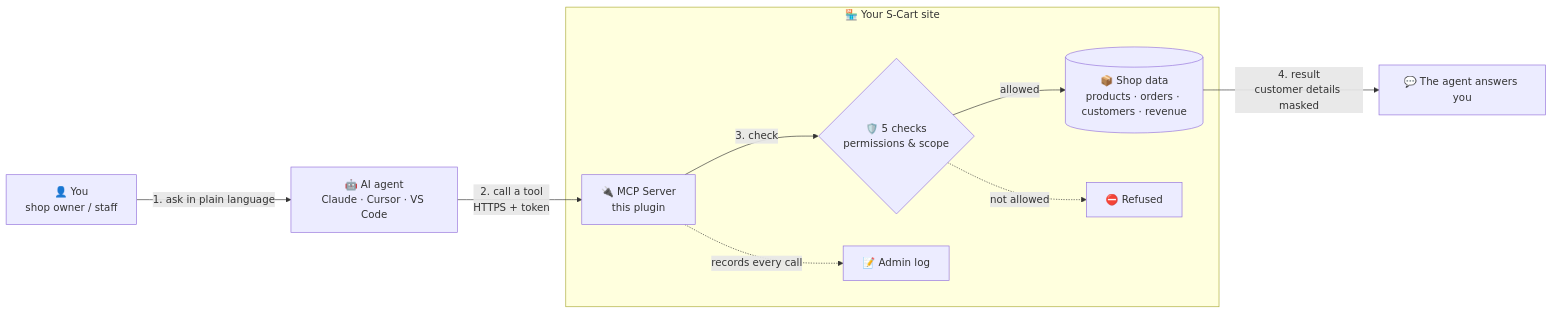
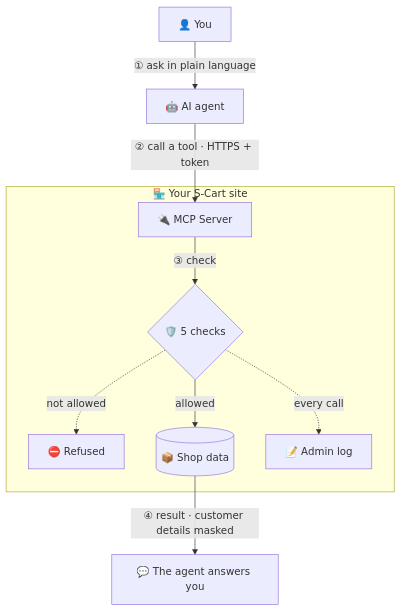
The first of 4 diagrams in readme.md (gp247-plugin/McpServer), drawn with Mermaid before and after one commit. The commit also changed 1 other file, not shown here.

Commit message:
Docs: redraw the README overview chart top-down and balanced
The "big picture" Mermaid chart now flows top-down in one centred column
(you, AI agent, MCP Server, 5 checks, shop data, answer) with "refused"
and "admin log" as symmetric side branches of the 5 checks. Width drops
from about 1300px to about 510-550px, so it stays readable in narrow
panes. Both language versions updated; all charts verified to render.

````diff
--- a/readme.md
+++ b/readme.md
@@ -26,12 +26,12 @@
 ```mermaid
-flowchart LR
-    U["👤 You<br/>shop owner / staff"] -- "1. ask in plain language" --> A["🤖 AI agent<br/>Claude · Cursor · VS Code"]
-    A -- "2. call a tool<br/>HTTPS + token" --> M
+flowchart TD
+    U["👤 You"] -- "① ask in plain language" --> A["🤖 AI agent"]
+    A -- "② call a tool · HTTPS + token" --> M
     subgraph SITE["🏪 Your S-Cart site"]
-        M["🔌 MCP Server<br/>this plugin"] -- "3. check" --> G{"🛡️ 5 checks<br/>permissions & scope"}
-        G -- "allowed" --> D[("📦 Shop data<br/>products · orders · customers · revenue")]
+        M["🔌 MCP Server"] -- "③ check" --> G{"🛡️ 5 checks"}
         G -. "not allowed" .-> X["⛔ Refused"]
-        M -. "records every call" .-> L["📝 Admin log"]
+        G -- "allowed" --> D[("📦 Shop data")]
+        G -. "every call" .-> L["📝 Admin log"]
     end
-    D -- "4. result<br/>customer details masked" --> R["💬 The agent answers you"]
+    D -- "④ result · customer details masked" --> R["💬 The agent answers you"]
 ```
````
